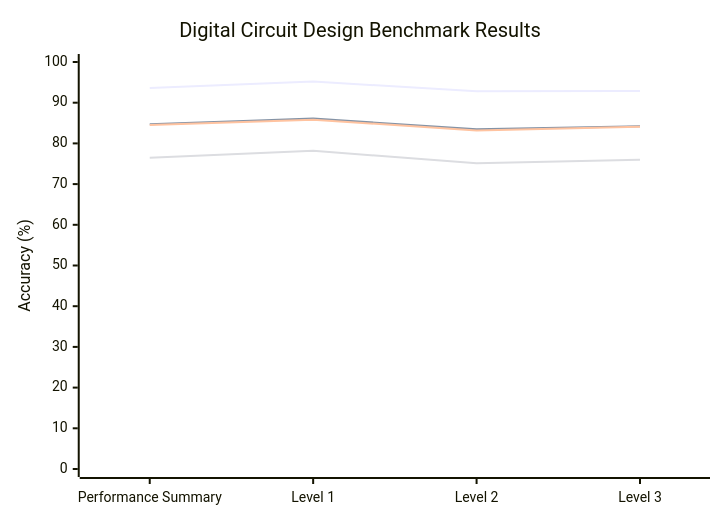
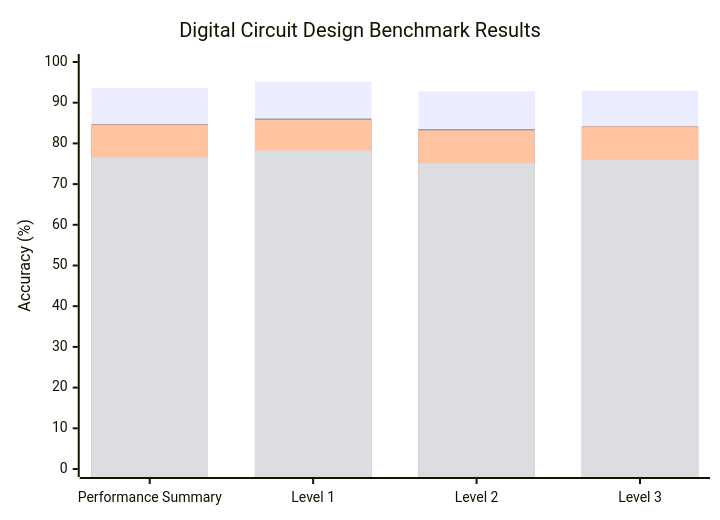
The diagram in README.md (duonggiang156/banchmark-edabk), drawn with Mermaid before and after one commit.

````diff
--- a/README.md
+++ b/README.md
@@ -56,11 +56,11 @@
 ```mermaid
-%%{init: {'theme':'default', 'themeVariables': { 'primaryColor': '#FFFFFF', 'primaryTextColor': '#2C3E50', 'primaryBorderColor': '#34495E', 'lineColor': '#2C3E50', 'secondaryColor': '#2C3E50', 'tertiaryColor': '#2C3E50', 'background': '#FFFFFF', 'mainBkg': '#FFFFFF'}}}%%
+%%{init: {'theme':'default', 'themeVariables': { 'primaryColor': '#FFFFFF', 'primaryTextColor': '#2C3E50', 'primaryBorderColor': '#34495E', 'lineColor': '#2C3E50', 'secondaryColor': '#2C3E50', 'tertiaryColor': '#2C3E50', 'background': '#FFFFFF', 'mainBkg': '#FFFFFF', 'cScale0': '#27AE60', 'cScale1': '#3498DB', 'cScale2': '#E67E22', 'cScale3': '#E74C3C'}}}%%
 xychart-beta
     title "Digital Circuit Design Benchmark Results"
     x-axis ["Performance Summary", "Level 1", "Level 2", "Level 3"]
     y-axis "Accuracy (%)" 0 --> 100
-    line "Our Package" [93.6, 95.2, 92.8, 92.9]
-    line "Claude-3.5" [84.7, 86.1, 83.5, 84.2]
-    line "GPT-4" [84.5, 85.8, 83.2, 84.1]
-    line "Gemini Pro" [76.5, 78.2, 75.1, 76.0]
+    bar "Our Package (DC)" [93.6, 95.2, 92.8, 92.9]
+    bar "Claude-3.5" [84.7, 86.1, 83.5, 84.2]
+    bar "GPT-4" [84.5, 85.8, 83.2, 84.1]
+    bar "Gemini Pro" [76.5, 78.2, 75.1, 76.0]
 ```
````
